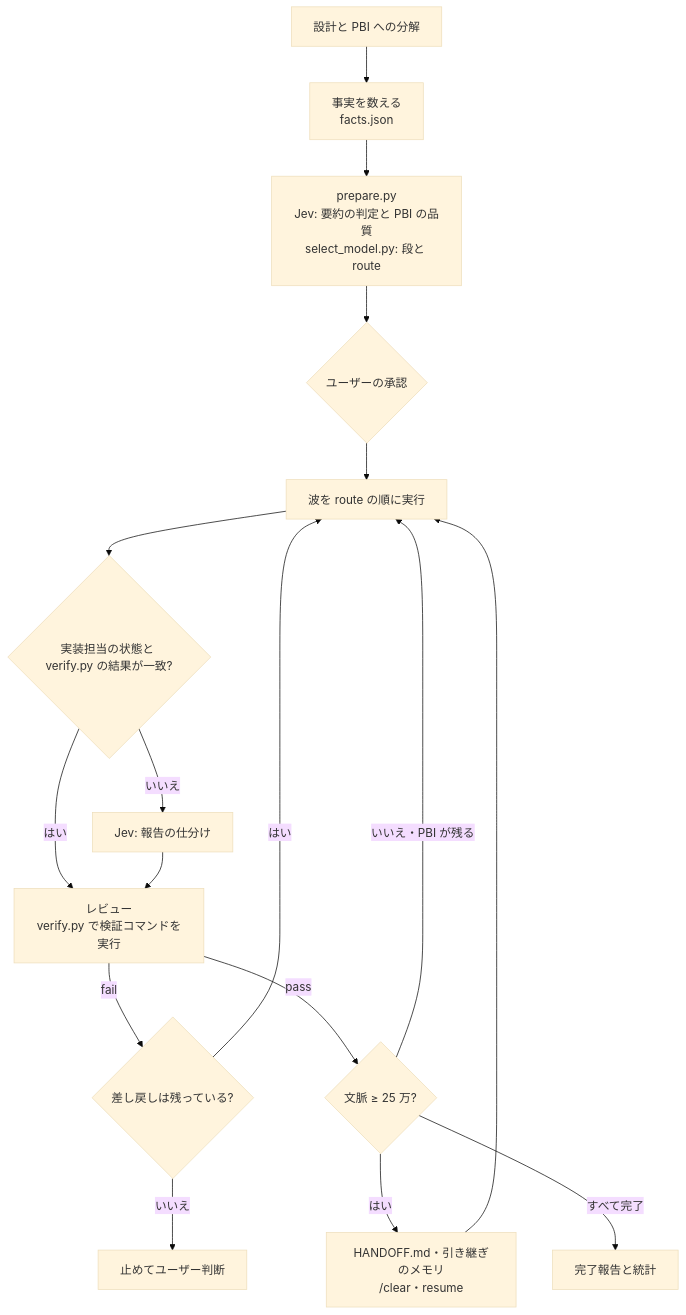
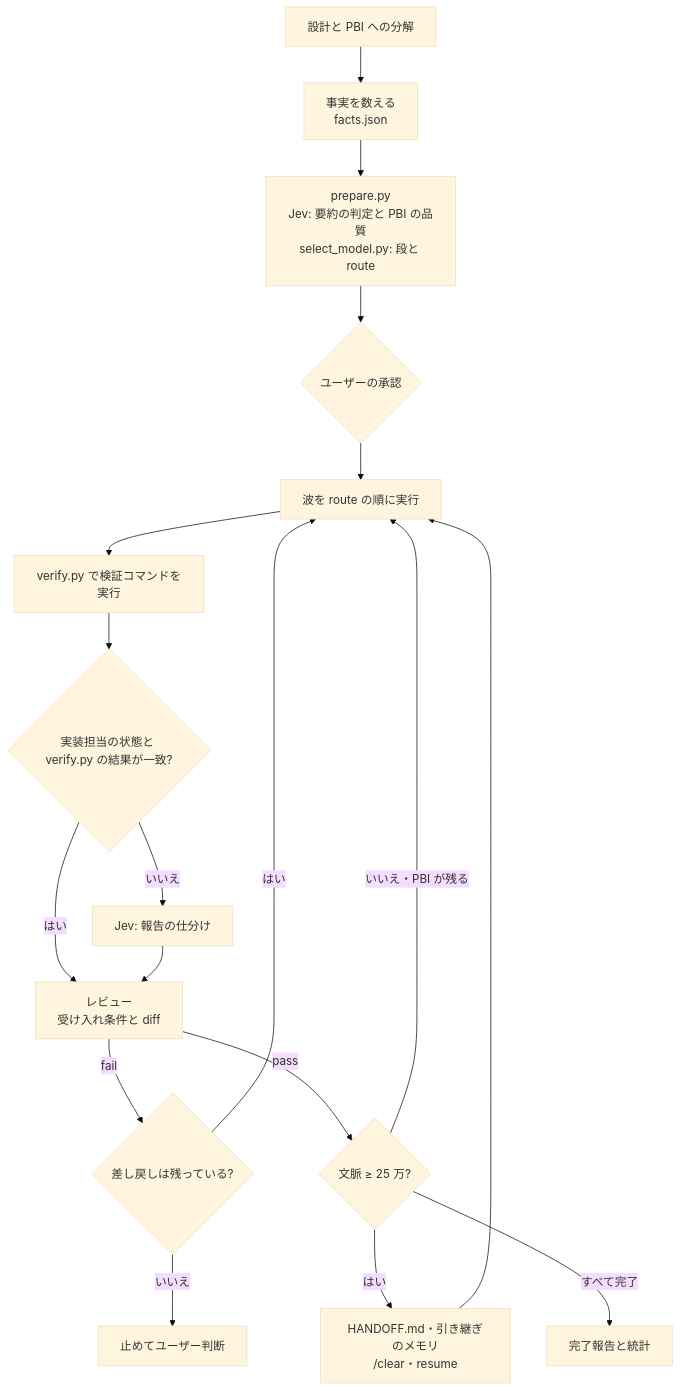
Before and after one commit to reeschan/atelier: the diagram in README.ja.md, drawn with Mermaid (base theme). The commit also changed other lines of this file and 2 other files, not shown here.

Commit message:
Run verify.py before the status check in the Flow chart; stop fixing dsh effort values
Two README fixes in the same files: the chart now shows verify.py producing the result that is compared with the worker's status before Jev is asked. The dsh notes (README and runners.md) no longer list a fixed set of effort values, since they depend on the provider and the installed dsh version; omitting effort omits reasoningEffort.

````diff
--- a/README.ja.md
+++ b/README.ja.md
@@ -38,19 +38,20 @@
 ```mermaid
 flowchart TD
   A[設計と PBI への分解] --> B[事実を数える<br/>facts.json]
   B --> C[prepare.py<br/>Jev: 要約の判定と PBI の品質<br/>select_model.py: 段と route]
   C --> F{ユーザーの承認}
   F --> G[波を route の順に実行]
-  G --> H{実装担当の状態と verify.py の結果が一致?}
+  G --> V[verify.py で検証コマンドを実行]
+  V --> H{実装担当の状態と verify.py の結果が一致?}
   H -->|いいえ| H2[Jev: 報告の仕分け]
   H -->|はい| I
-  H2 --> I[レビュー<br/>verify.py で検証コマンドを実行]
+  H2 --> I[レビュー<br/>受け入れ条件と diff]
   I -->|fail| K{差し戻しは残っている?}
   K -->|はい| G
   K -->|いいえ| L[止めてユーザー判断]
   I -->|pass| M{文脈 ≥ 25 万?}
   M -->|いいえ・PBI が残る| G
   M -->|はい| N[HANDOFF.md・引き継ぎのメモリ<br/>/clear・resume]
   N --> G
   M -->|すべて完了| J[完了報告と統計]
 ```
````
